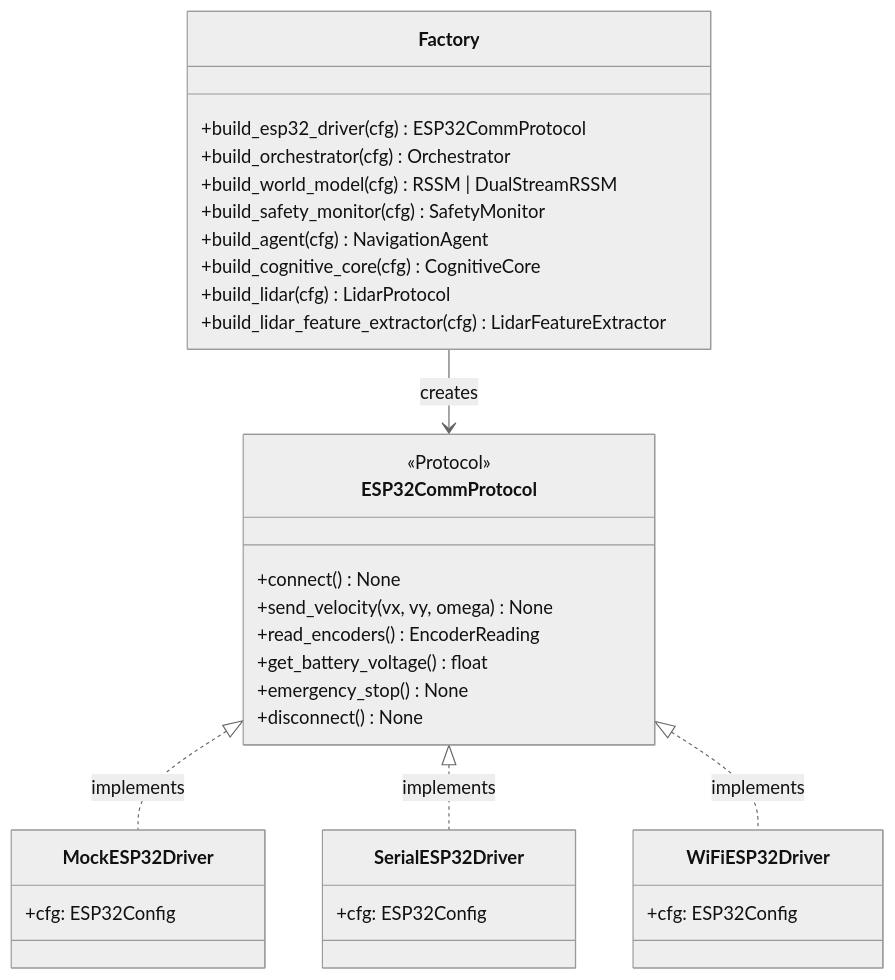
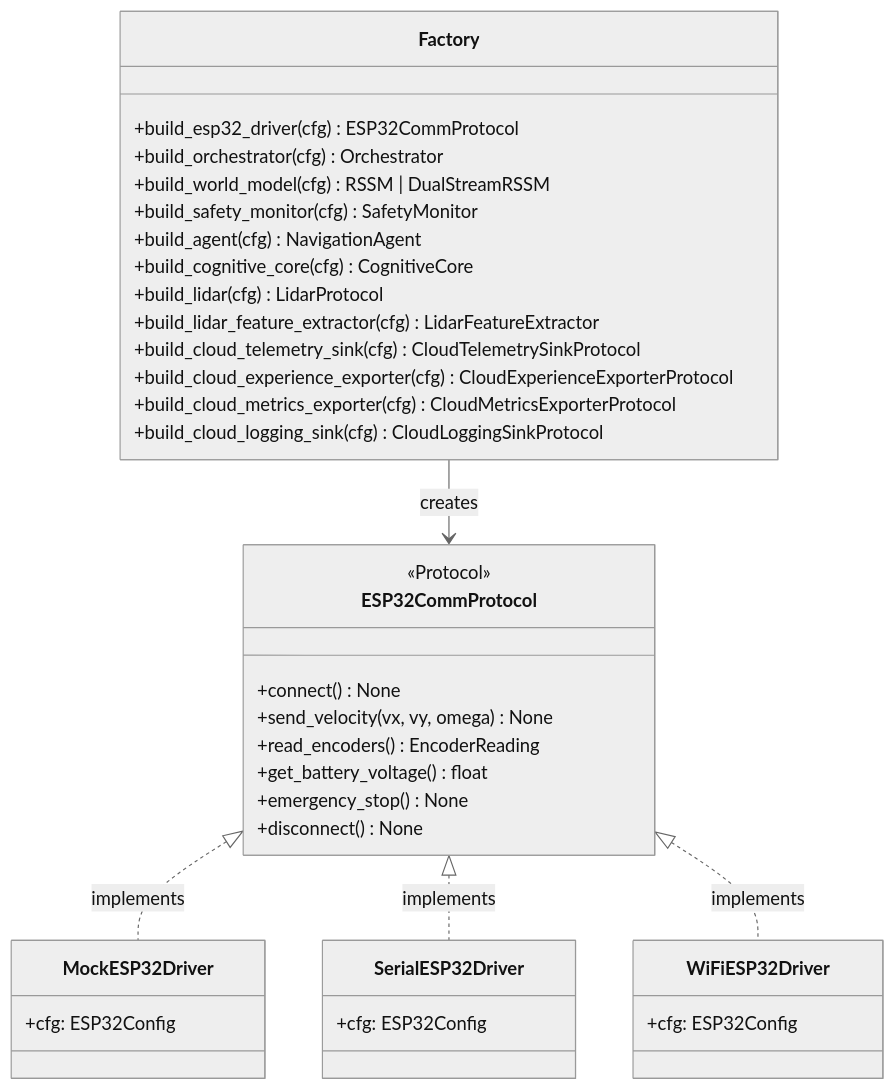
Before and after one commit to ianshank/Mouse-Droid-AGI: the seventh of 14 diagrams in docs/architecture.md, drawn with Mermaid (neutral theme). The commit also changed other lines of this file and 14 other files, not shown here.

First line of the commit message:
fix: LogRingBuffer NameError, update changelog/architecture/gitignore, format fixes

````diff
--- a/docs/architecture.md
+++ b/docs/architecture.md
@@ -272,36 +346,40 @@
 ```mermaid
 classDiagram
     class ESP32CommProtocol {
         <<Protocol>>
         +connect() None
         +send_velocity(vx, vy, omega) None
         +read_encoders() EncoderReading
         +get_battery_voltage() float
         +emergency_stop() None
         +disconnect() None
     }
     class MockESP32Driver {
         +cfg: ESP32Config
     }
     class SerialESP32Driver {
         +cfg: ESP32Config
     }
     class WiFiESP32Driver {
         +cfg: ESP32Config
     }
     class Factory {
         +build_esp32_driver(cfg) ESP32CommProtocol
         +build_orchestrator(cfg) Orchestrator
         +build_world_model(cfg) RSSM | DualStreamRSSM
         +build_safety_monitor(cfg) SafetyMonitor
         +build_agent(cfg) NavigationAgent
         +build_cognitive_core(cfg) CognitiveCore
         +build_lidar(cfg) LidarProtocol
         +build_lidar_feature_extractor(cfg) LidarFeatureExtractor
+        +build_cloud_telemetry_sink(cfg) CloudTelemetrySinkProtocol
+        +build_cloud_experience_exporter(cfg) CloudExperienceExporterProtocol
+        +build_cloud_metrics_exporter(cfg) CloudMetricsExporterProtocol
+        +build_cloud_logging_sink(cfg) CloudLoggingSinkProtocol
     }
 
     ESP32CommProtocol <|.. MockESP32Driver : implements
     ESP32CommProtocol <|.. SerialESP32Driver : implements
     ESP32CommProtocol <|.. WiFiESP32Driver : implements
     Factory --> ESP32CommProtocol : creates
 ```
````
